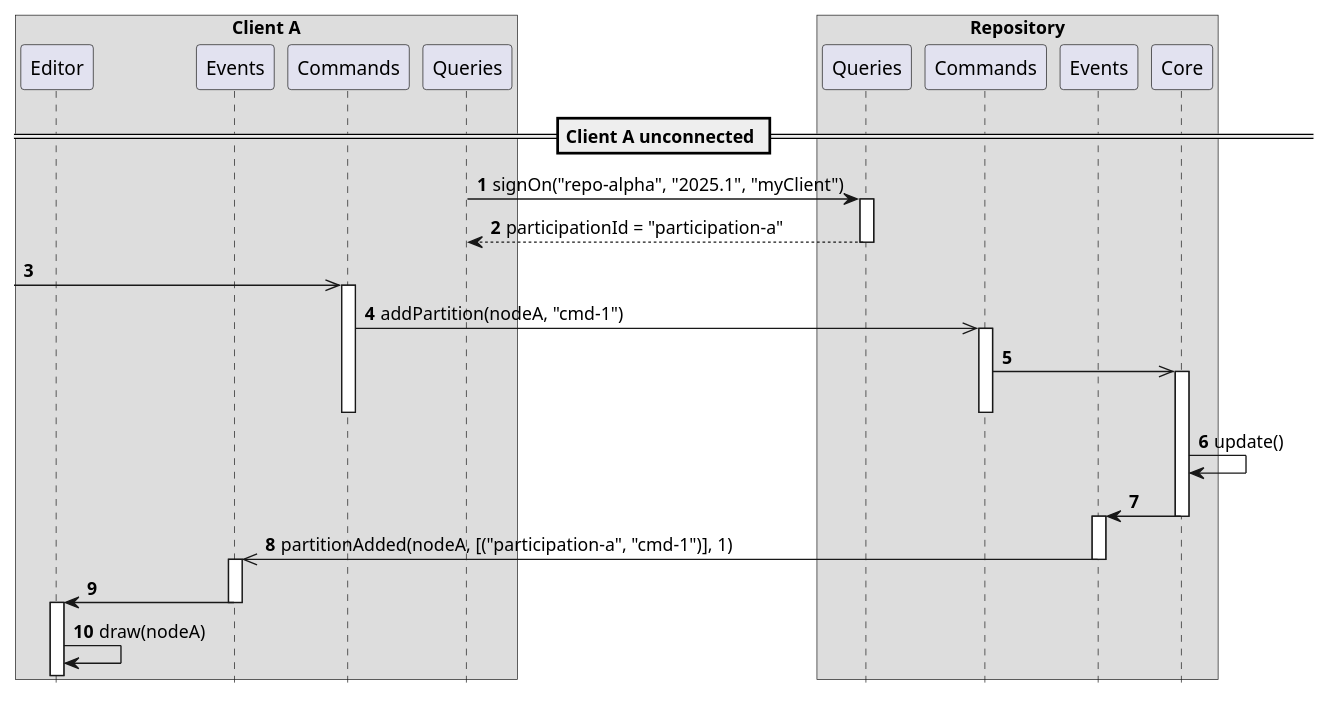
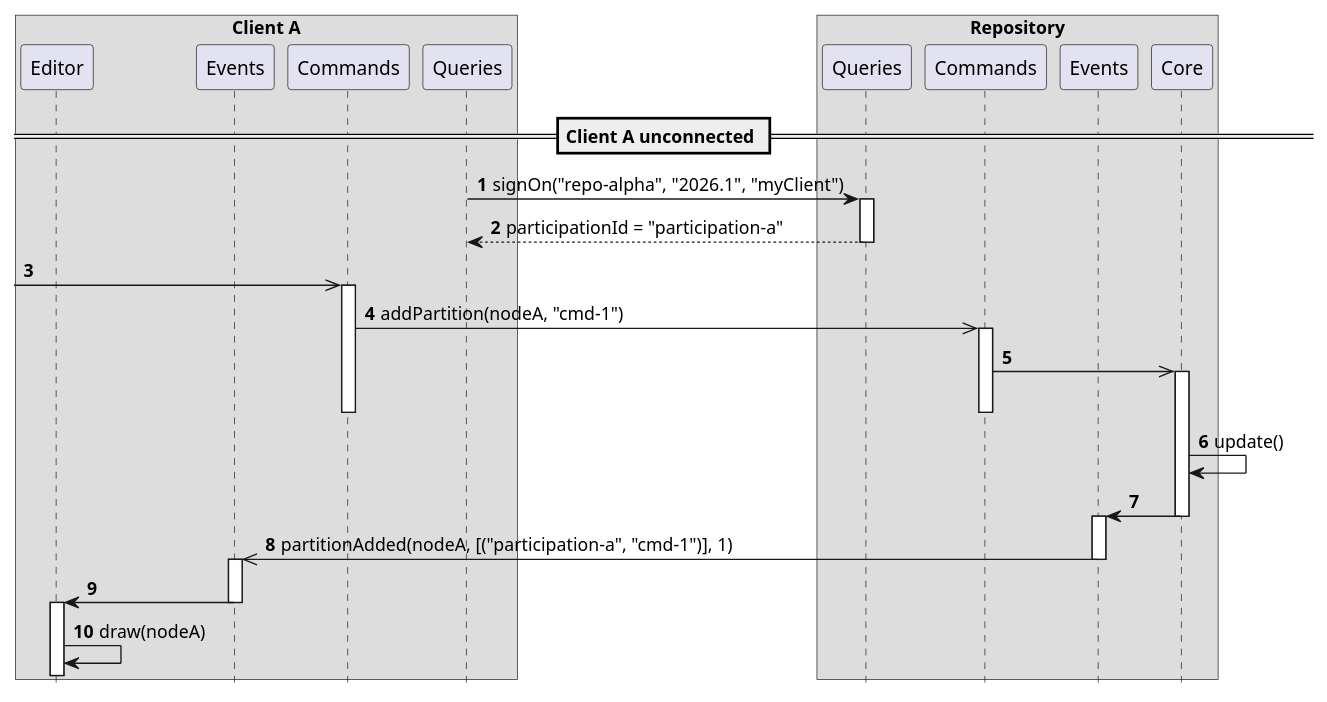
Before and after one commit to LionWeb-io/specification: the diagram in delta/scenarios/virginRepo.adoc, drawn with PlantUML. The commit also changed other lines of this file and 15 other files, not shown here.

```diff
--- a/delta/scenarios/virginRepo.adoc
+++ b/delta/scenarios/virginRepo.adoc
@@ -3,48 +3,48 @@
 [plantuml,virginRepo,svg]
 ----
 hide footbox
 autonumber
 
 box "Client A"
   participant Editor as editor
   participant Events as clientEvent
   participant Commands as clientCmd
   participant Queries as clientQuery
 end box
 
 box "Repository"
   participant Queries as repoQuery
   participant Commands as repoCmd
 '  participant Queries  as rQry
   participant Events as repoEvent
   participant Core as core
 end box
 
 == Client A unconnected ==
 
-clientQuery -> repoQuery ++: signOn("repo-alpha", "2025.1", "myClient")
+clientQuery -> repoQuery ++: signOn("repo-alpha", "2026.1", "myClient")
 return participationId = "participation-a"
 
 [->> clientCmd ++
 clientCmd ->> repoCmd ++: addPartition(nodeA, "cmd-1")
 repoCmd ->> core
 activate core
 deactivate clientCmd
 deactivate repoCmd
 
 core -> core: update()
 
 core -> repoEvent
 deactivate core
 
 activate repoEvent
 clientEvent <<- repoEvent: partitionAdded(nodeA, [("participation-a", "cmd-1")], 1)
 deactivate repoEvent
 
 activate clientEvent
 clientEvent -> editor
 deactivate clientEvent
 
 activate editor
 editor -> editor: draw(nodeA)
 ----
```
